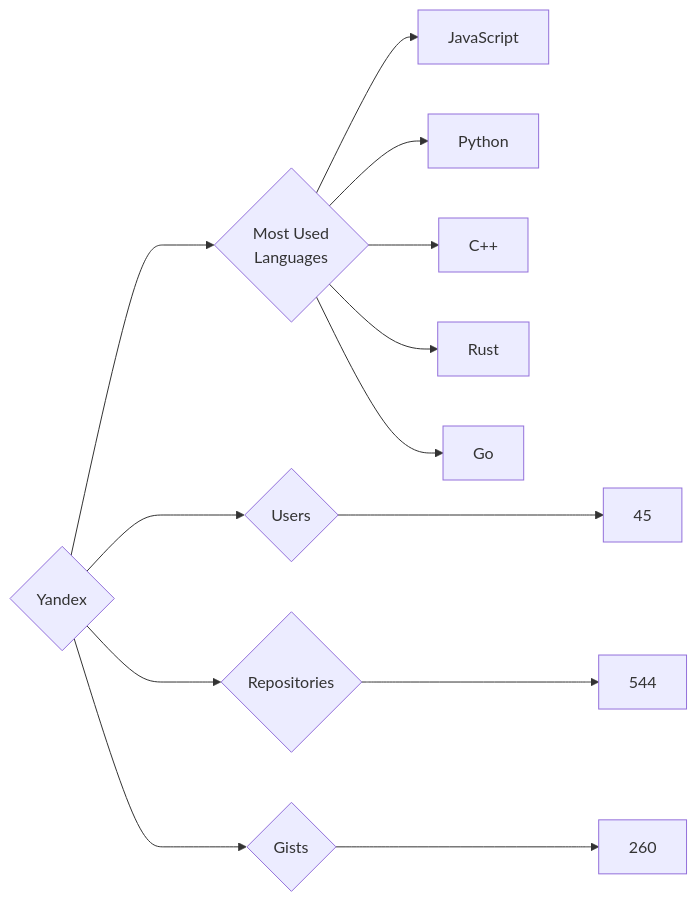
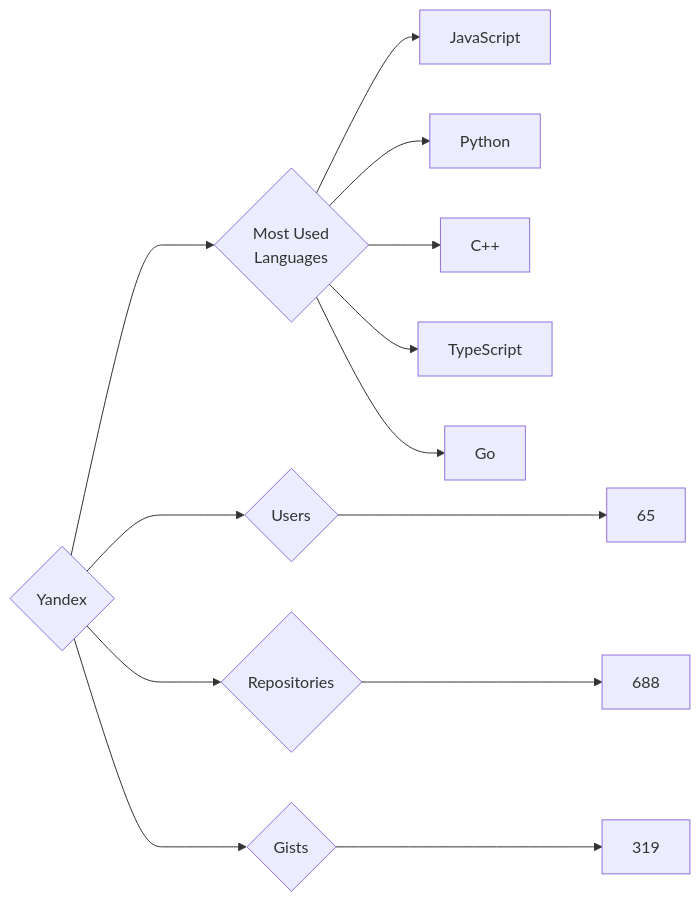
Before and after one commit to trickest/insiders: the diagram in targets/Yandex/README.md, drawn with Mermaid. The commit also changed 829 other files, not shown here.

````diff
--- a/targets/Yandex/README.md
+++ b/targets/Yandex/README.md
@@ -3,13 +3,13 @@
 ```mermaid
 graph LR
 COMPANY_NAME{Yandex}
-COMPANY_NAME ---> U{Users} ---> UN[45]
-COMPANY_NAME ---> R{Repositories} ---> RN[544]
-COMPANY_NAME ---> G{Gists} ---> GN[260]
+COMPANY_NAME ---> U{Users} ---> UN[65]
+COMPANY_NAME ---> R{Repositories} ---> RN[688]
+COMPANY_NAME ---> G{Gists} ---> GN[319]
 COMPANY_NAME ---> ML{Most Used<br>Languages}
 ML --> JavaScript[JavaScript]
 ML --> Python[Python]
 ML --> C++[C++]
-ML --> Rust[Rust]
+ML --> TypeScript[TypeScript]
 ML --> Go[Go]
 ```
````
